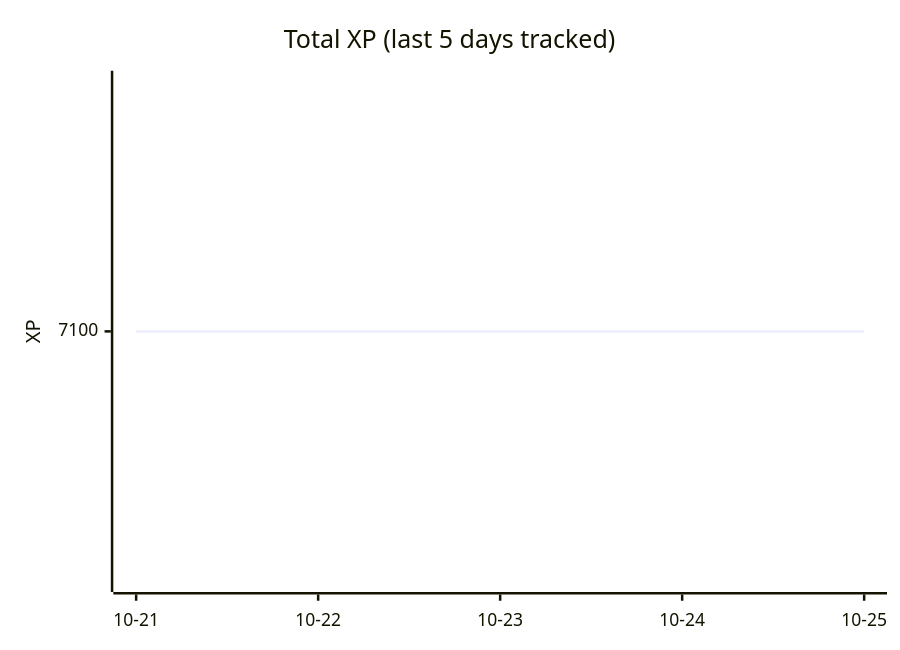
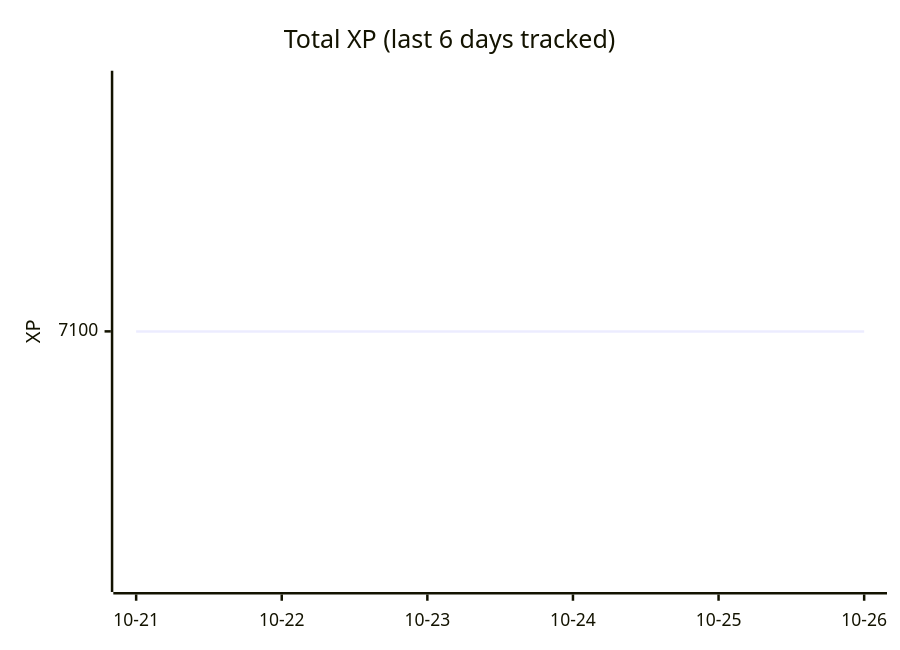
The diagram in README.md (ASR222/bootdev-progress), drawn with Mermaid before and after one commit. The commit also changed other lines of this file and 1 other file, not shown here.

Commit message:
Boot.dev progress: 2026-10-25

````diff
--- a/README.md
+++ b/README.md
@@ -14,7 +14,7 @@
 ```mermaid
 xychart-beta
-    title "Total XP (last 5 days tracked)"
-    x-axis ["10-21", "10-22", "10-23", "10-24", "10-25"]
+    title "Total XP (last 6 days tracked)"
+    x-axis ["10-21", "10-22", "10-23", "10-24", "10-25", "10-26"]
     y-axis "XP"
-    line [7100, 7100, 7100, 7100, 7100]
+    line [7100, 7100, 7100, 7100, 7100, 7100]
 ```
````
